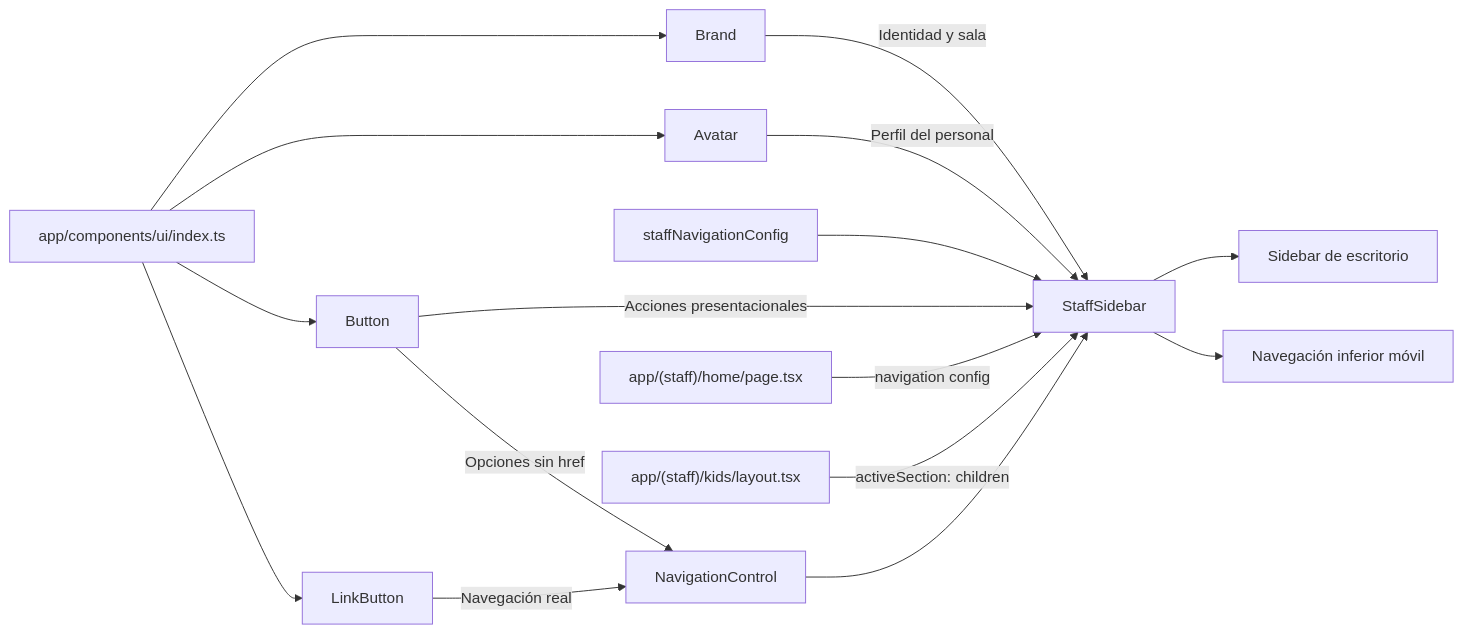
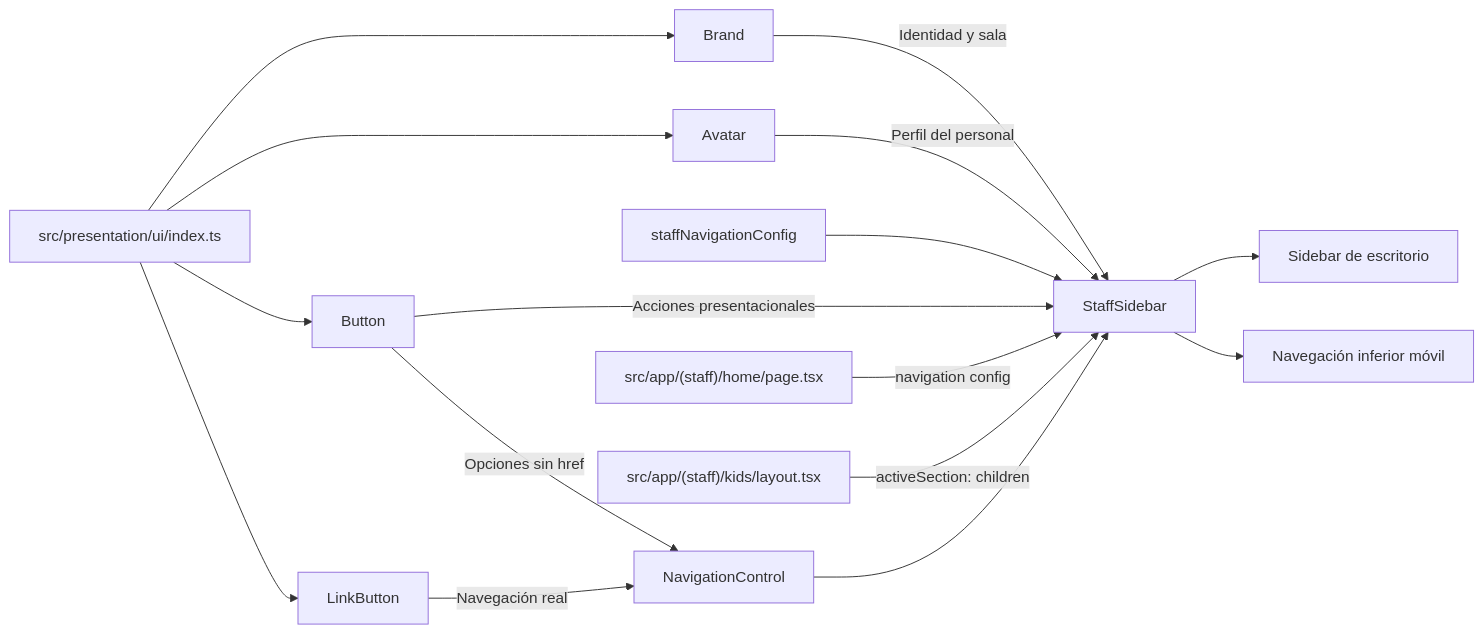
Before and after one commit to MLahuasi/opencode-daycare: the second of 2 diagrams in README.md, drawn with Mermaid. The commit also changed other lines of this file and 1 other file, not shown here.

Commit message:
DayCare - spec-22-src-app-architecture-cutover - Actualizar README.md y AGENTS.md.

````diff
--- a/README.md
+++ b/README.md
@@ -402,23 +391,23 @@
 ```mermaid
 flowchart LR
-    BARREL["app/components/ui/index.ts"]
+    BARREL["src/presentation/ui/index.ts"]
     BARREL --> BRAND[Brand]
     BARREL --> AVATAR[Avatar]
     BARREL --> BUTTON[Button]
     BARREL --> LINK[LinkButton]
 
     CONFIG[staffNavigationConfig] --> SIDEBAR[StaffSidebar]
 
     BRAND -->|Identidad y sala| SIDEBAR
     AVATAR -->|Perfil del personal| SIDEBAR
     BUTTON -->|Acciones presentacionales| SIDEBAR
     LINK -->|Navegación real| NAV[NavigationControl]
     BUTTON -->|Opciones sin href| NAV
     NAV --> SIDEBAR
 
     SIDEBAR --> DESKTOP[Sidebar de escritorio]
     SIDEBAR --> MOBILE[Navegación inferior móvil]
 
-    HOME["app/(staff)/home/page.tsx"] -->|navigation config| SIDEBAR
-    KIDS["app/(staff)/kids/layout.tsx"] -->|activeSection: children| SIDEBAR
+    HOME["src/app/(staff)/home/page.tsx"] -->|navigation config| SIDEBAR
+    KIDS["src/app/(staff)/kids/layout.tsx"] -->|activeSection: children| SIDEBAR
 ```
````
